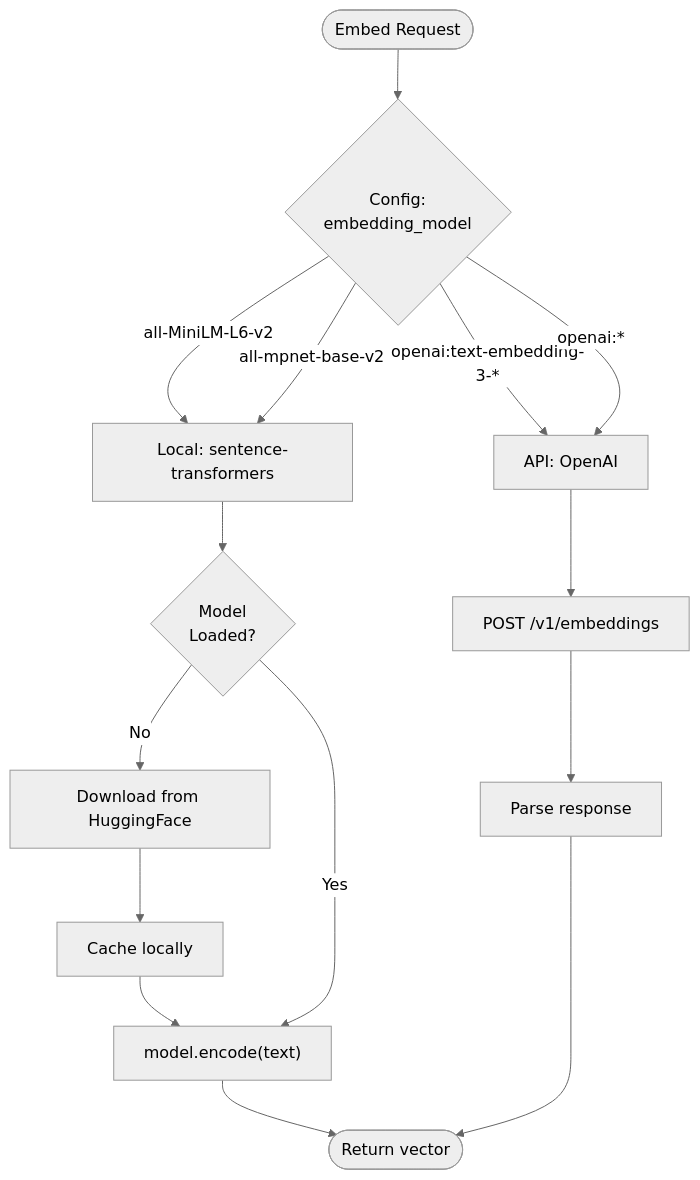
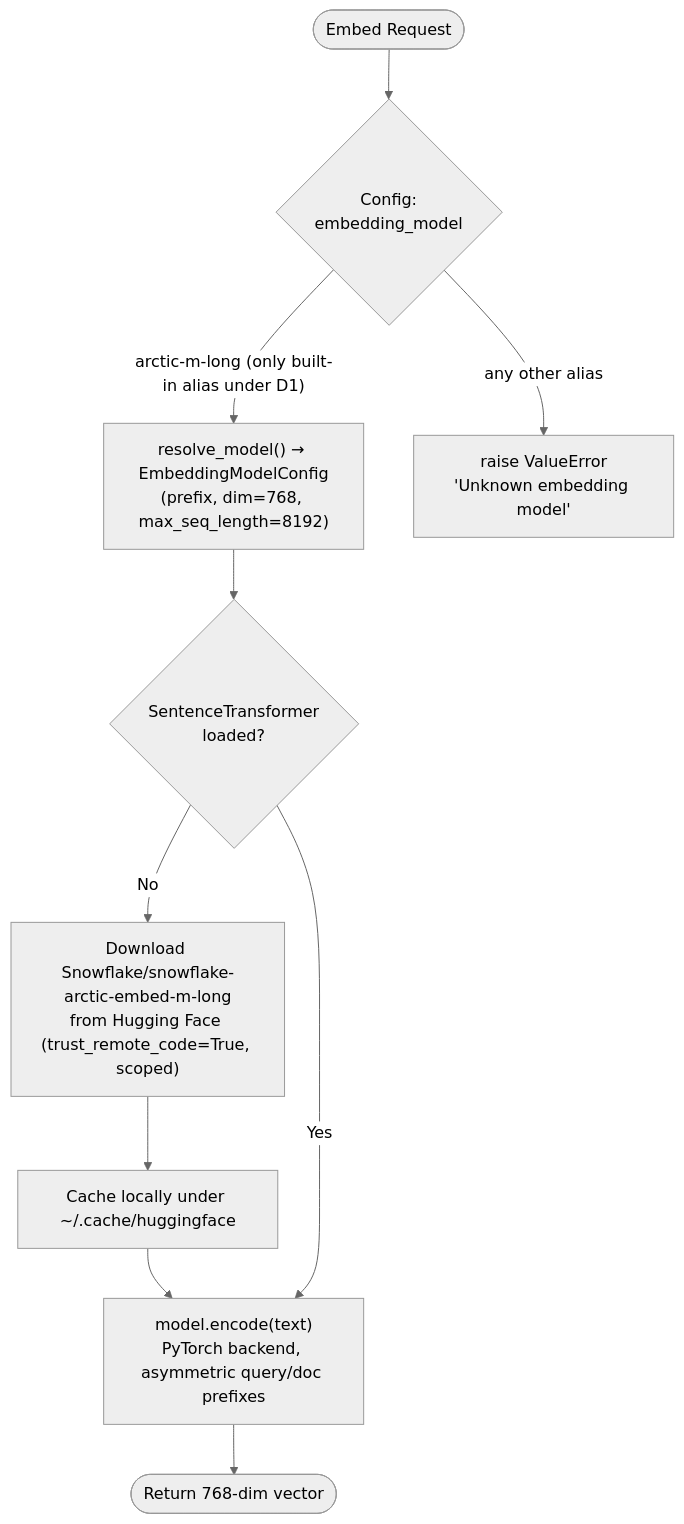
The ninth of 14 diagrams in SPATIAL-MEMORY-ARCHITECTURE-DIAGRAMS.md (arman-tech/spatial-memory-mcp), drawn with Mermaid (neutral theme) before and after one commit. The commit also changed other lines of this file and 19 other files, not shown here.

````diff
--- a/SPATIAL-MEMORY-ARCHITECTURE-DIAGRAMS.md
+++ b/SPATIAL-MEMORY-ARCHITECTURE-DIAGRAMS.md
@@ -350,21 +388,15 @@
 ```mermaid
 flowchart TD
     Start([Embed Request]) --> Check{Config:<br/>embedding_model}
-    
-    Check -->|"all-MiniLM-L6-v2"| Local["Local: sentence-transformers"]
-    Check -->|"all-mpnet-base-v2"| Local
-    Check -->|"openai:text-embedding-3-*"| API["API: OpenAI"]
-    Check -->|"openai:*"| API
-    
-    Local --> LoadModel{Model<br/>Loaded?}
-    LoadModel -->|No| Download["Download from HuggingFace"]
-    Download --> Cache["Cache locally"]
+
+    Check -->|"arctic-m-long (only built-in alias under D1)"| Resolve["resolve_model() → EmbeddingModelConfig<br/>(prefix, dim=768, max_seq_length=8192)"]
+    Check -->|any other alias| Reject["raise ValueError<br/>'Unknown embedding model'"]
+
+    Resolve --> LoadModel{SentenceTransformer<br/>loaded?}
+    LoadModel -->|No| Download["Download Snowflake/snowflake-arctic-embed-m-long<br/>from Hugging Face (trust_remote_code=True, scoped)"]
+    Download --> Cache["Cache locally under ~/.cache/huggingface"]
     Cache --> Encode
-    LoadModel -->|Yes| Encode["model.encode(text)"]
-    
-    API --> APICall["POST /v1/embeddings"]
-    APICall --> Parse["Parse response"]
-    
-    Encode --> Vector([Return vector])
-    Parse --> Vector
+    LoadModel -->|Yes| Encode["model.encode(text)<br/>PyTorch backend, asymmetric query/doc prefixes"]
+
+    Encode --> Vector([Return 768-dim vector])
 ```
````
